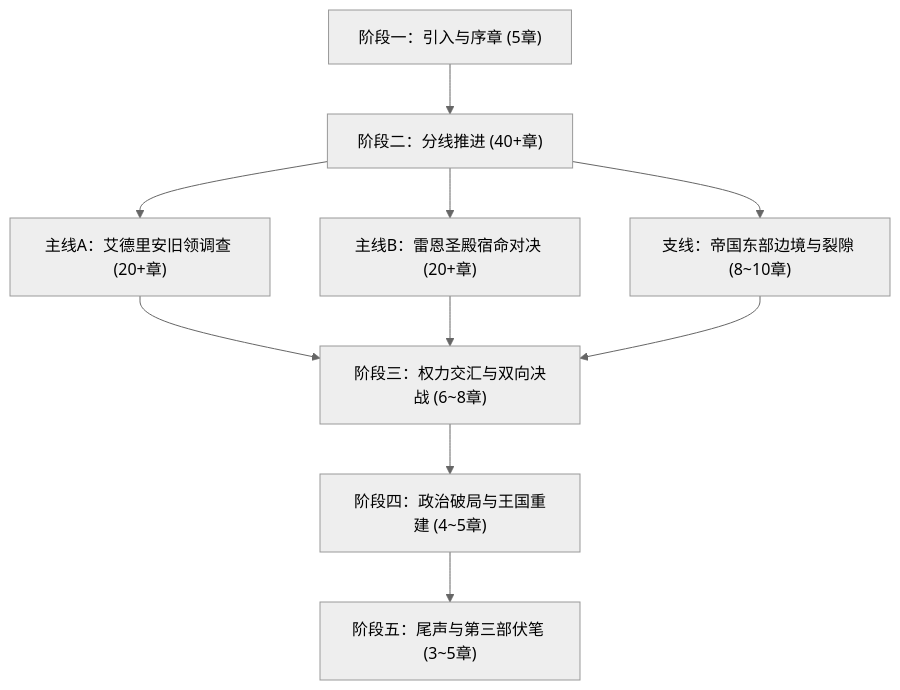
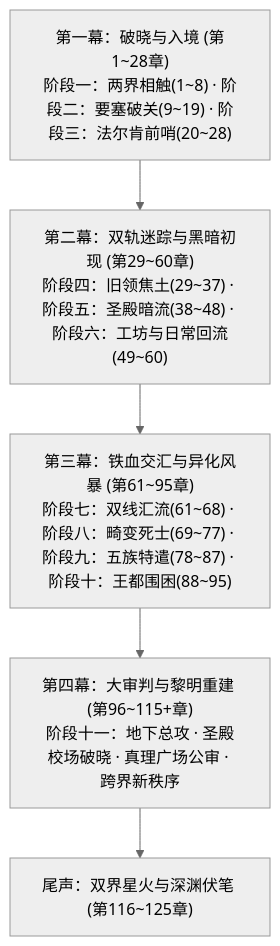
One commit to soranokiseki1437/eldoria-worldbook changed the diagram in 方案/第二部/写作指导/第二部章节规划与扩写方案.md. Above: the diagram before and after it, drawn with Mermaid (neutral theme). The commit also changed other lines of this file and 2 other files, not shown here.

Commit message:
feat(viridia): 完成第一幕阶段三详规（第20~28章），实现第一幕全28章详规骨架大闭环

````diff
--- a/方案/第二部/写作指导/第二部章节规划与扩写方案.md
+++ b/方案/第二部/写作指导/第二部章节规划与扩写方案.md
@@ -16,12 +16,10 @@
 ```mermaid
 graph TD
-    A["阶段一：引入与序章 (5章)"] --> B["阶段二：分线推进 (40+章)"]
-    B --> B1["主线A：艾德里安旧领调查 (20+章)"]
-    B --> B2["主线B：雷恩圣殿宿命对决 (20+章)"]
-    B --> B3["支线：帝国东部边境与裂隙 (8~10章)"]
-    B1 --> C["阶段三：权力交汇与双向决战 (6~8章)"]
-    B2 --> C
-    B3 --> C
-    C --> D["阶段四：政治破局与王国重建 (4~5章)"]
-    D --> E["阶段五：尾声与第三部伏笔 (3~5章)"]
+    M1["第一幕：破晓与入境 (第1~28章)<br/>阶段一：两界相触(1~8) · 阶段二：要塞破关(9~19) · 阶段三：法尔肯前哨(20~28)"]
+    M2["第二幕：双轨迷踪与黑暗初现 (第29~60章)<br/>阶段四：旧领焦土(29~37) · 阶段五：圣殿暗流(38~48) · 阶段六：工坊与日常回流(49~60)"]
+    M3["第三幕：铁血交汇与异化风暴 (第61~95章)<br/>阶段七：双线汇流(61~68) · 阶段八：畸变死士(69~77) · 阶段九：五族特遣(78~87) · 阶段十：王都围困(88~95)"]
+    M4["第四幕：大审判与黎明重建 (第96~115+章)<br/>阶段十一：地下总攻 · 圣殿校场破晓 · 真理广场公审 · 跨界新秩序"]
+    M5["尾声：双界星火与深渊伏笔 (第116~125章)"]
+
+    M1 --> M2 --> M3 --> M4 --> M5
 ```
````
